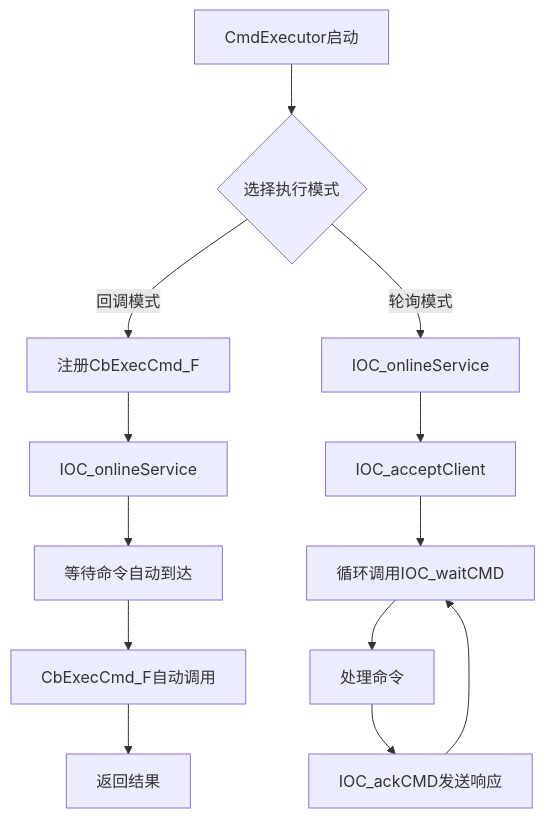
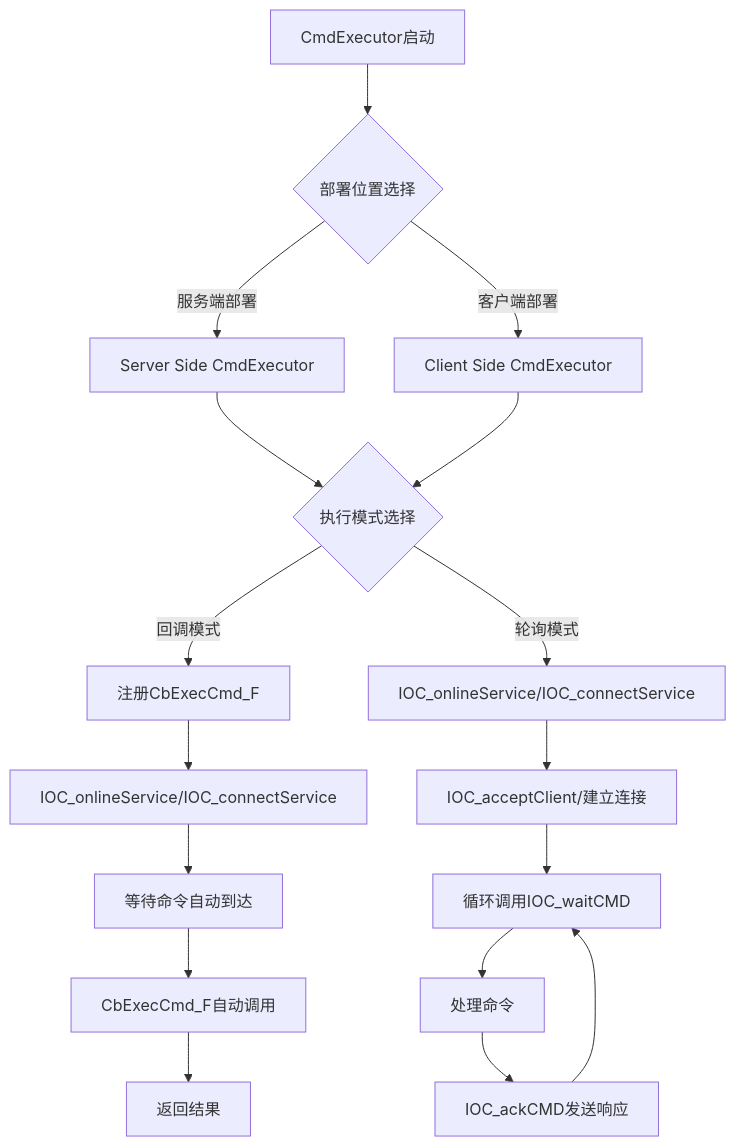
The seventh of 10 diagrams in README_UserGuide.md (EnigmaWU/MyIOC_inTDD_withGHC), drawn with Mermaid before and after one commit. The commit also changed other lines of this file, not shown here.

````diff
--- a/README_UserGuide.md
+++ b/README_UserGuide.md
@@ -1723,17 +1729,23 @@
 ```mermaid
 graph TD
-    A[CmdExecutor启动] --> B{选择执行模式}
+    A[CmdExecutor启动] --> B{部署位置选择}
     
-    B -->|回调模式| C[注册CbExecCmd_F]
-    C --> D[IOC_onlineService]
-    D --> E[等待命令自动到达]
-    E --> F[CbExecCmd_F自动调用]
-    F --> G[返回结果]
+    B -->|服务端部署| C[Server Side CmdExecutor]
+    B -->|客户端部署| D[Client Side CmdExecutor]
     
-    B -->|轮询模式| H[IOC_onlineService]
-    H --> I[IOC_acceptClient]
-    I --> J[循环调用IOC_waitCMD]
-    J --> K[处理命令]
-    K --> L[IOC_ackCMD发送响应]
-    L --> J
+    C --> E{执行模式选择}
+    D --> E
+    
+    E -->|回调模式| F[注册CbExecCmd_F]
+    F --> G[IOC_onlineService/IOC_connectService]
+    G --> H[等待命令自动到达]
+    H --> I[CbExecCmd_F自动调用]
+    I --> J[返回结果]
+    
+    E -->|轮询模式| K[IOC_onlineService/IOC_connectService]
+    K --> L[IOC_acceptClient/建立连接]
+    L --> M[循环调用IOC_waitCMD]
+    M --> N[处理命令]
+    N --> O[IOC_ackCMD发送响应]
+    O --> M
 ```
````
